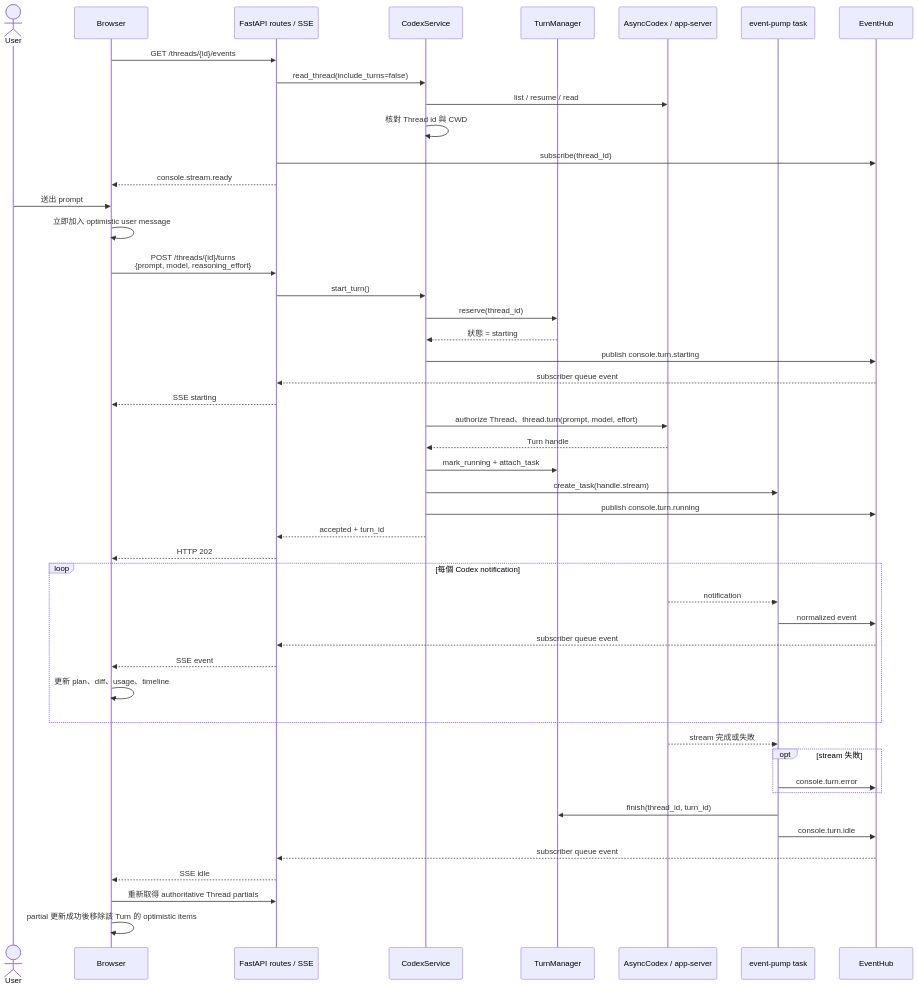
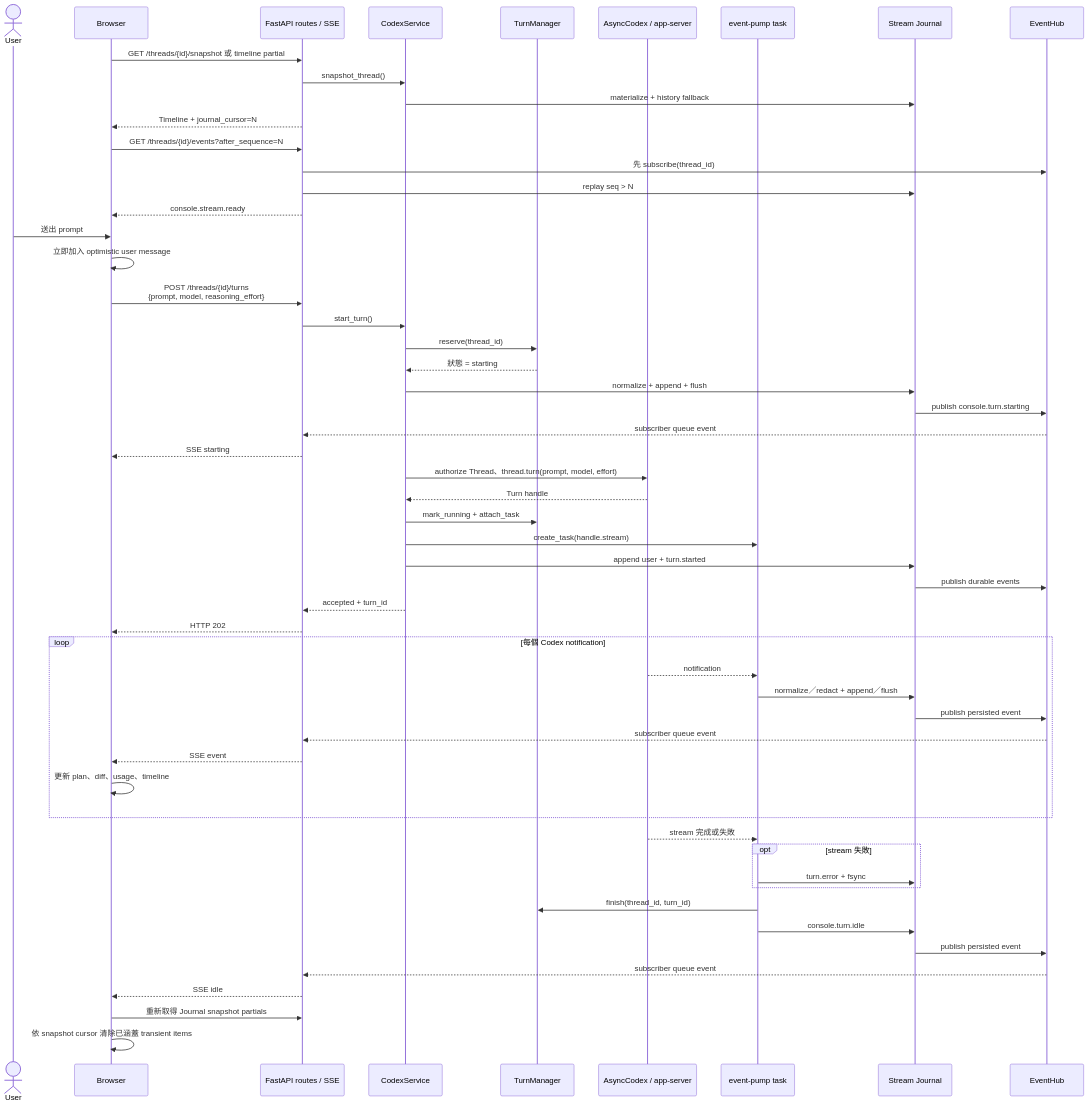
The third of 5 diagrams in docs/flows.md (sevenjay/agent_app_server), drawn with Mermaid before and after one commit. The commit also changed other lines of this file and 23 other files, not shown here.

Commit message:
feat: add durable stream journal timeline

````diff
--- a/docs/flows.md
+++ b/docs/flows.md
@@ -74,55 +74,62 @@
 ```mermaid
 sequenceDiagram
     actor User
     participant Browser
     participant API as FastAPI routes / SSE
     participant Service as CodexService
     participant Turns as TurnManager
     participant Codex as AsyncCodex / app-server
     participant Pump as event-pump task
+    participant Journal as Stream Journal
     participant Hub as EventHub
 
-    Browser->>API: GET /threads/{id}/events
-    API->>Service: read_thread(include_turns=false)
-    Service->>Codex: list / resume / read
-    Service->>Service: 核對 Thread id 與 CWD
-    API->>Hub: subscribe(thread_id)
+    Browser->>API: GET /threads/{id}/snapshot 或 timeline partial
+    API->>Service: snapshot_thread()
+    Service->>Journal: materialize + history fallback
+    API-->>Browser: Timeline + journal_cursor=N
+    Browser->>API: GET /threads/{id}/events?after_sequence=N
+    API->>Hub: 先 subscribe(thread_id)
+    API->>Journal: replay seq > N
     API-->>Browser: console.stream.ready
 
     User->>Browser: 送出 prompt
     Browser->>Browser: 立即加入 optimistic user message
     Browser->>API: POST /threads/{id}/turns<br/>{prompt, model, reasoning_effort}
     API->>Service: start_turn()
     Service->>Turns: reserve(thread_id)
     Turns-->>Service: 狀態 = starting
-    Service->>Hub: publish console.turn.starting
+    Service->>Journal: normalize + append + flush
+    Journal->>Hub: publish console.turn.starting
     Hub-->>API: subscriber queue event
     API-->>Browser: SSE starting
 
     Service->>Codex: authorize Thread、thread.turn(prompt, model, effort)
     Codex-->>Service: Turn handle
     Service->>Turns: mark_running + attach_task
     Service->>Pump: create_task(handle.stream)
-    Service->>Hub: publish console.turn.running
+    Service->>Journal: append user + turn.started
+    Journal->>Hub: publish durable events
     Service-->>API: accepted + turn_id
     API-->>Browser: HTTP 202
 
     loop 每個 Codex notification
         Codex-->>Pump: notification
-        Pump->>Hub: normalized event
+        Pump->>Journal: normalize／redact + append／flush
+        Journal->>Hub: publish persisted event
         Hub-->>API: subscriber queue event
         API-->>Browser: SSE event
         Browser->>Browser: 更新 plan、diff、usage、timeline
     end
 
     Codex-->>Pump: stream 完成或失敗
     opt stream 失敗
-        Pump->>Hub: console.turn.error
+        Pump->>Journal: turn.error + fsync
     end
     Pump->>Turns: finish(thread_id, turn_id)
-    Pump->>Hub: console.turn.idle
+    Pump->>Journal: console.turn.idle
+    Journal->>Hub: publish persisted event
     Hub-->>API: subscriber queue event
     API-->>Browser: SSE idle
-    Browser->>API: 重新取得 authoritative Thread partials
-    Browser->>Browser: partial 更新成功後移除該 Turn 的 optimistic items
+    Browser->>API: 重新取得 Journal snapshot partials
+    Browser->>Browser: 依 snapshot cursor 清除已涵蓋 transient items
 ```
````
